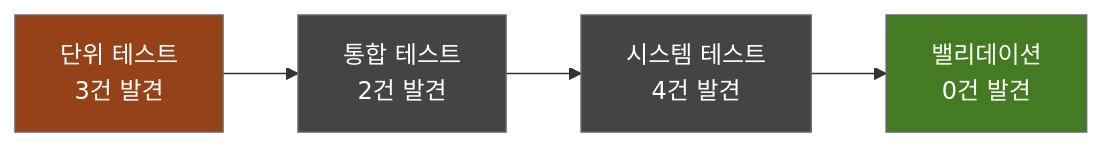
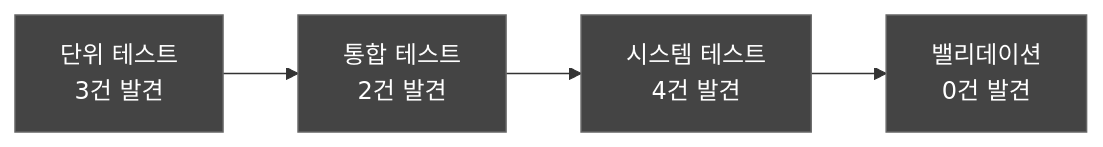
The second of 2 diagrams in docs/verification/DOC-025_VVSummary_v1.0.md (holee9/console-gui), drawn with Mermaid before and after one commit. The commit also changed 35 other files, not shown here.

First line of the commit message:
fix: 전체 Mermaid 차트 색상 진한 회색 통일

````diff
--- a/docs/verification/DOC-025_VVSummary_v1.0.md
+++ b/docs/verification/DOC-025_VVSummary_v1.0.md
@@ -87,10 +87,10 @@
 ```mermaid
 graph LR
     classDef default fill:#444,stroke:#666,color:#fff
     UT[단위 테스트<br/>3건 발견] --> IT[통합 테스트<br/>2건 발견]
     IT --> ST[시스템 테스트<br/>4건 발견]
     ST --> VAL[밸리데이션<br/>0건 발견]
     
-    style UT fill:#964219,color:#fff
-    style VAL fill:#437A22,color:#fff
+    style UT fill:#444,color:#fff
+    style VAL fill:#444,color:#fff
 ```
````
